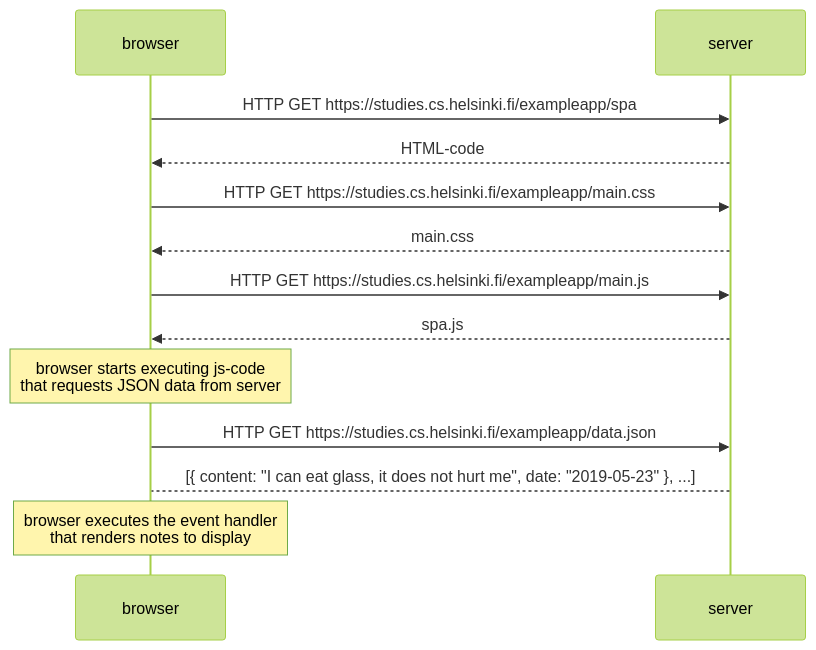
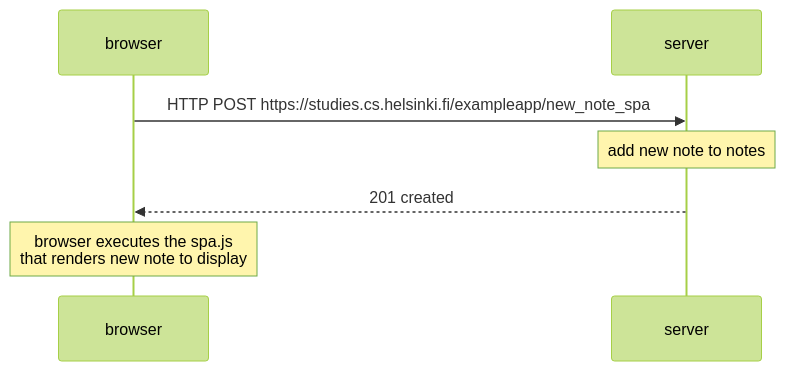
One commit to gutunn/fullstackopen changed the diagram in part0/0.6.md. Above: the diagram before and after it, drawn with Mermaid (forest theme). The commit also changed 1 other file, not shown here.

Commit message:
change orders

````diff
--- a/part0/0.6.md
+++ b/part0/0.6.md
@@ -1,13 +1,7 @@
 ```mermaid
 sequenceDiagram
-browser->>server: HTTP GET https://studies.cs.helsinki.fi/exampleapp/spa
-server-->>browser: HTML-code
-browser->>server: HTTP GET https://studies.cs.helsinki.fi/exampleapp/main.css
-server-->>browser: main.css
-browser->>server: HTTP GET https://studies.cs.helsinki.fi/exampleapp/main.js
-server-->>browser: spa.js
-note over browser: browser starts executing js-code <br> that requests JSON data from server
-browser->>server: HTTP GET https://studies.cs.helsinki.fi/exampleapp/data.json
-server-->browser: [{ content: "I can eat glass, it does not hurt me", date: "2019-05-23" }, ...]
-note over browser:browser executes the event handler <br> that renders notes to display
+browser->>server: HTTP POST https://studies.cs.helsinki.fi/exampleapp/new_note_spa
+note over server: add new note to notes
+server-->>browser: 201 created
+note over browser:browser executes the spa.js <br> that renders new note to display
 ```
````
